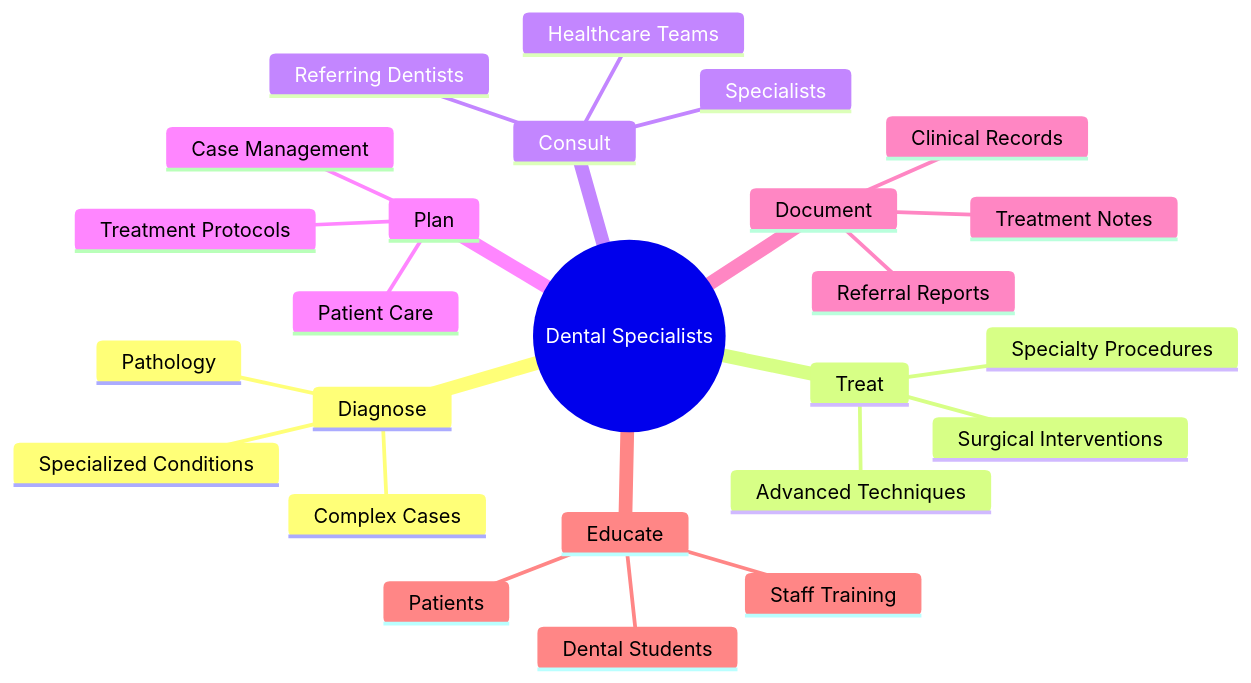
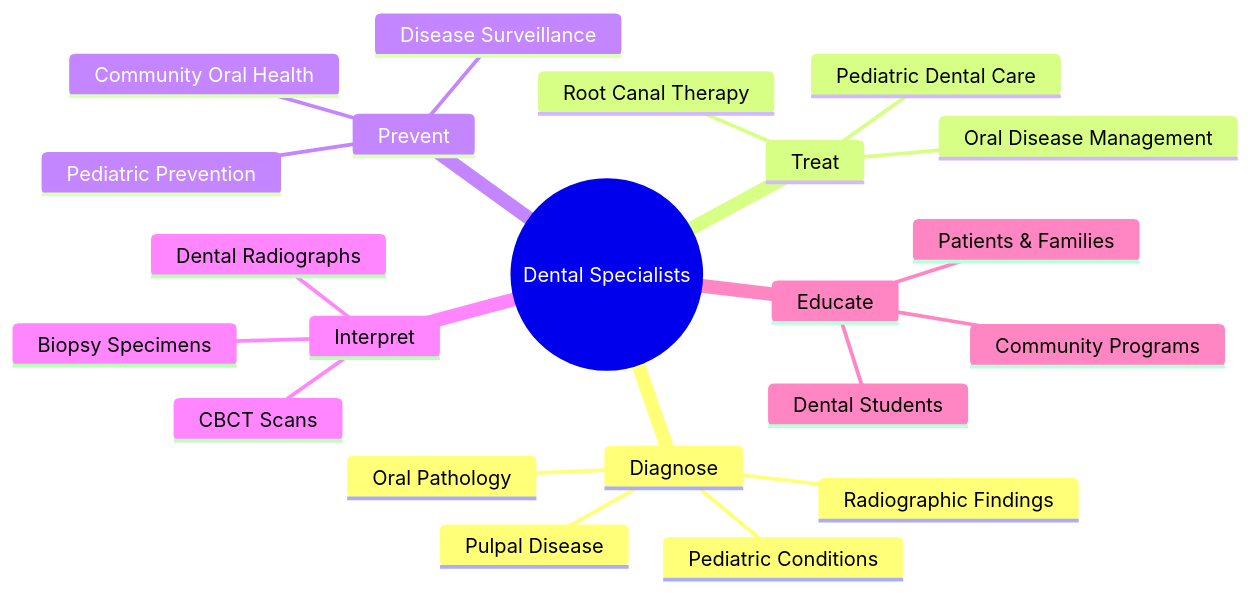
The second of 4 diagrams in occupations/HealthcarePractitioners/DentistsAllOtherSpecialists.mdx (kziemski/business.org.ai), drawn with Mermaid before and after one commit. The commit also changed other lines of this file and 938 other files, not shown here.

````diff
--- a/occupations/HealthcarePractitioners/DentistsAllOtherSpecialists.mdx
+++ b/occupations/HealthcarePractitioners/DentistsAllOtherSpecialists.mdx
@@ -59,28 +45,25 @@
 ```mermaid
 mindmap
     root(("Dental Specialists"))
         Diagnose
-            Specialized Conditions
-            Complex Cases
-            Pathology
+            Pulpal Disease
+            Oral Pathology
+            Pediatric Conditions
+            Radiographic Findings
         Treat
-            Specialty Procedures
-            Advanced Techniques
-            Surgical Interventions
-        Consult
-            Referring Dentists
-            Healthcare Teams
-            Specialists
-        Plan
-            Treatment Protocols
-            Case Management
-            Patient Care
-        Document
-            Clinical Records
-            Treatment Notes
-            Referral Reports
+            Root Canal Therapy
+            Pediatric Dental Care
+            Oral Disease Management
+        Prevent
+            Community Oral Health
+            Pediatric Prevention
+            Disease Surveillance
+        Interpret
+            Dental Radiographs
+            CBCT Scans
+            Biopsy Specimens
         Educate
-            Patients
+            Patients & Families
             Dental Students
-            Staff Training
+            Community Programs
 ```
````
